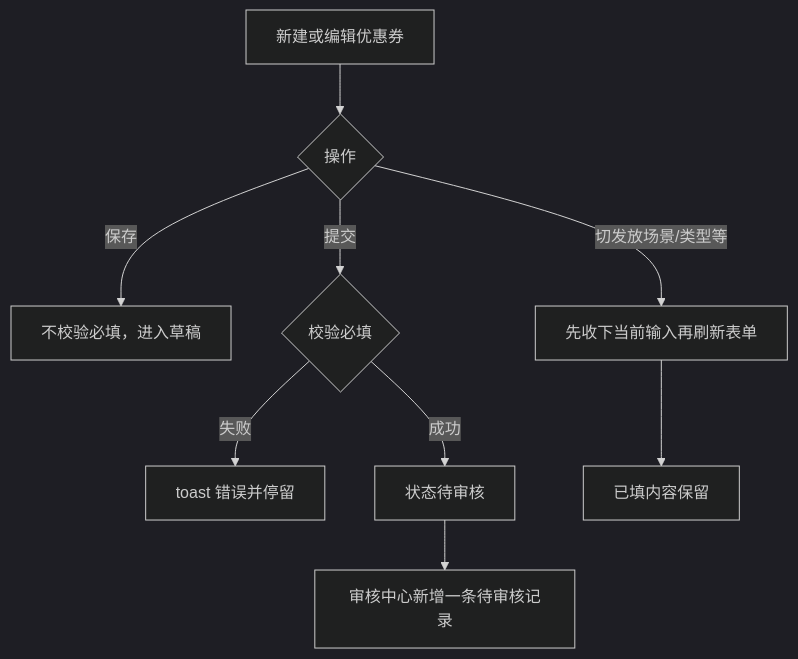
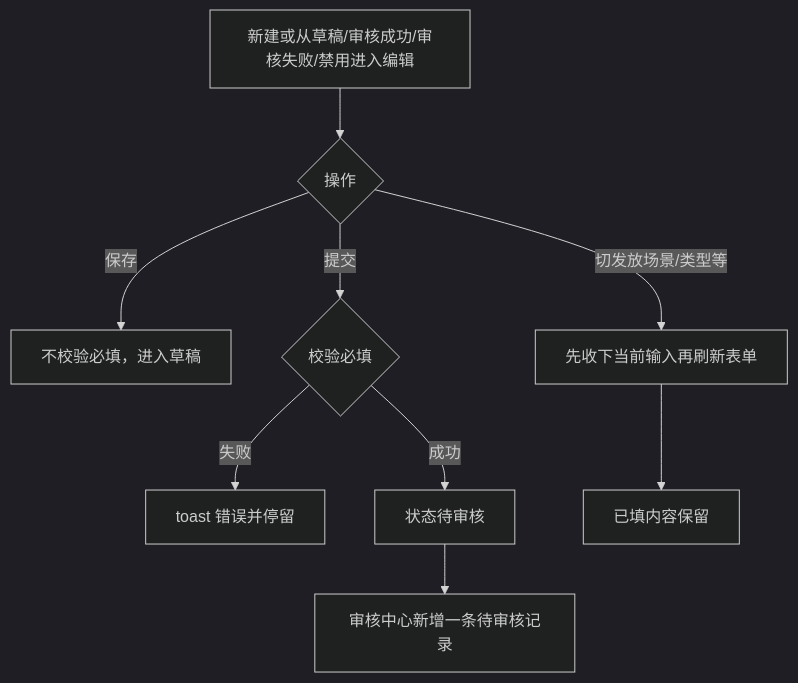
Before and after one commit to 342-droid/LFerp: the fourth of 10 diagrams in prototype-prd/23-会员发券以及优惠券增加审核.md, drawn with Mermaid (dark theme). The commit also changed other lines of this file and 15 other files, not shown here.

````diff
--- a/prototype-prd/23-会员发券以及优惠券增加审核.md
+++ b/prototype-prd/23-会员发券以及优惠券增加审核.md
@@ -295,11 +310,11 @@
 ```mermaid
 flowchart TD
-  A[新建或编辑优惠券] --> B{操作}
+  A[新建或从草稿/审核成功/审核失败/禁用进入编辑] --> B{操作}
   B -->|保存| C[不校验必填，进入草稿]
   B -->|提交| D{校验必填}
   D -->|失败| E[toast 错误并停留]
   D -->|成功| F[状态待审核]
   F --> G[审核中心新增一条待审核记录]
   B -->|切发放场景/类型等| H[先收下当前输入再刷新表单]
   H --> I[已填内容保留]
 ```
````
